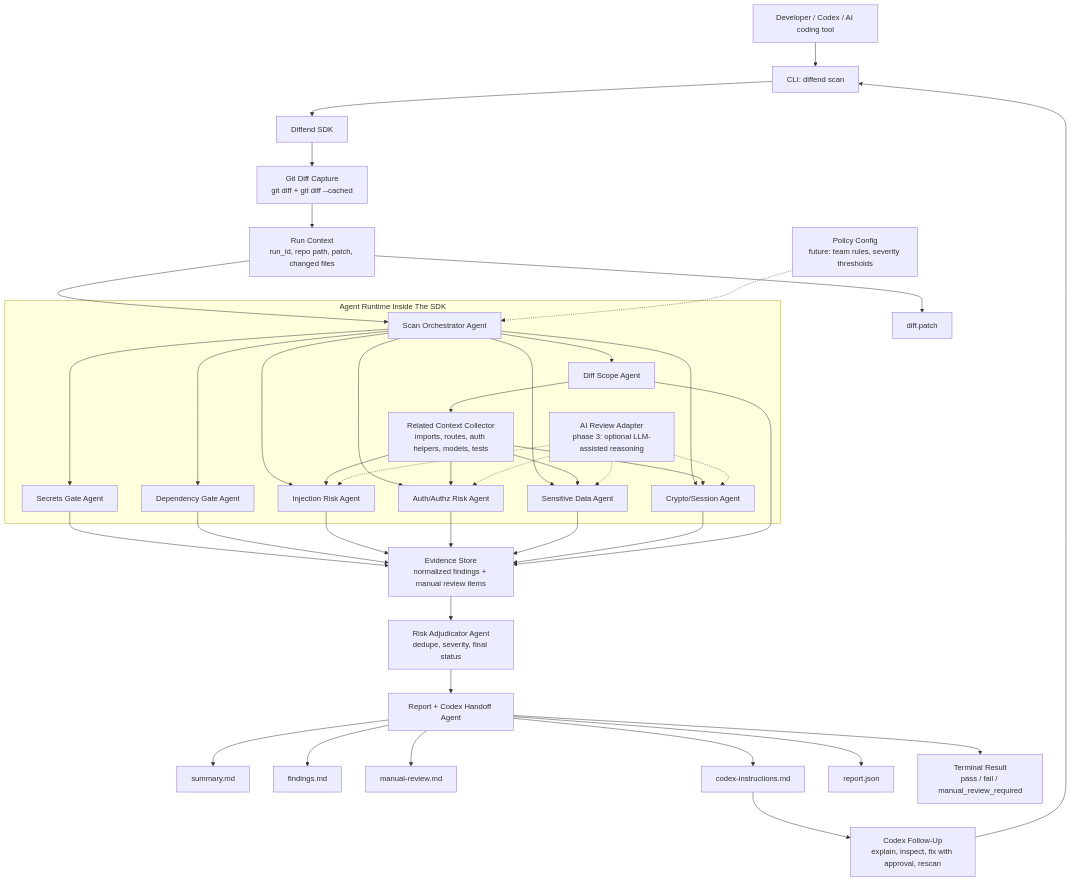
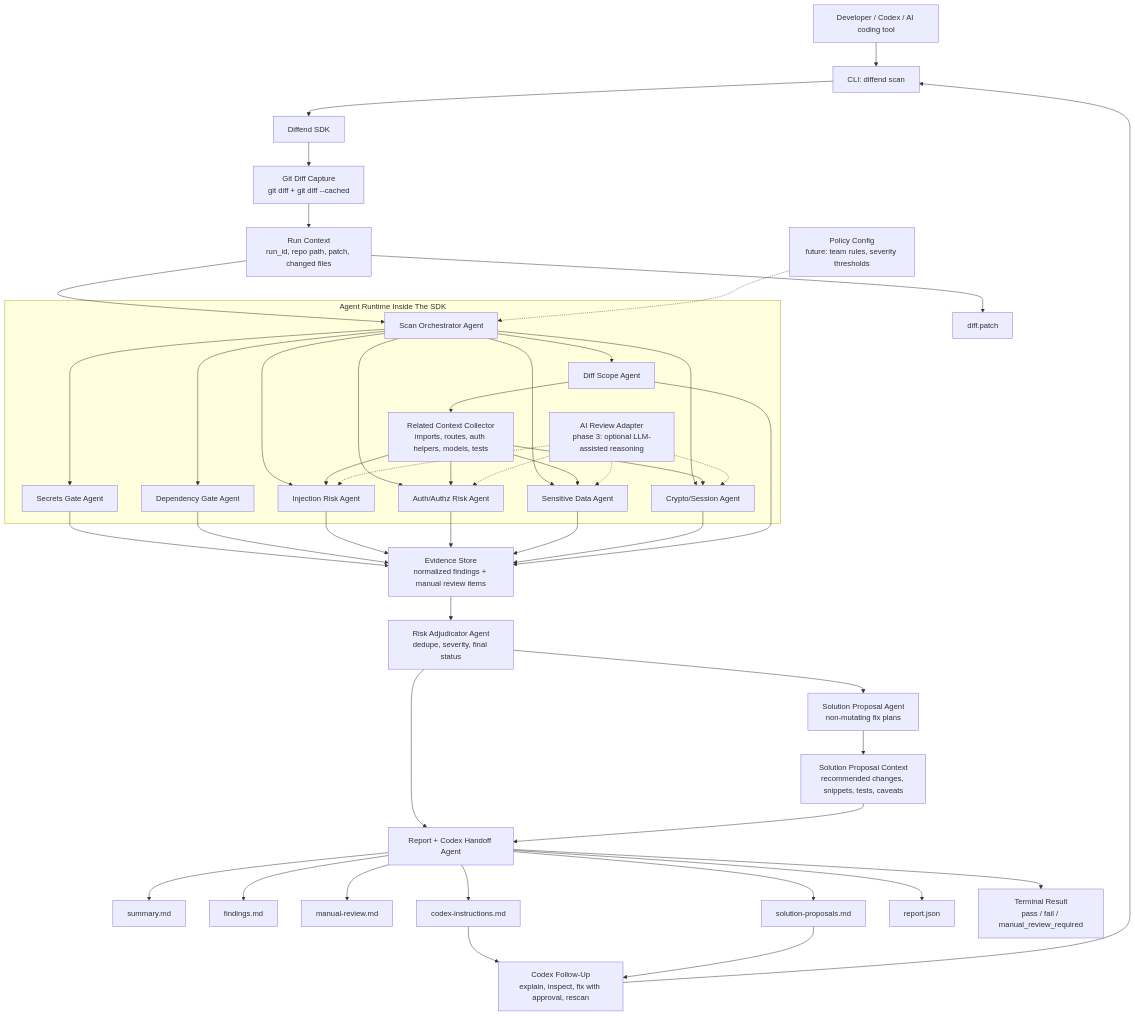
Before and after one commit to VietToan210904/diffend: the first of 2 diagrams in README.md, drawn with Mermaid. The commit also changed other lines of this file, not shown here.

Commit message:
added solution proposal agent

````diff
--- a/README.md
+++ b/README.md
@@ -47,54 +48,59 @@
 ```mermaid
 flowchart TD
   Developer["Developer / Codex / AI coding tool"] --> CLI["CLI: diffend scan"]
   CLI --> SDK["Diffend SDK"]
 
   SDK --> DiffCapture["Git Diff Capture<br/>git diff + git diff --cached"]
   DiffCapture --> RunContext["Run Context<br/>run_id, repo path, patch, changed files"]
   RunContext --> PatchFile["diff.patch"]
   RunContext --> Orchestrator["Scan Orchestrator Agent"]
 
   Config["Policy Config<br/>future: team rules, severity thresholds"] -.-> Orchestrator
 
   subgraph Runtime["Agent Runtime Inside The SDK"]
     Orchestrator --> Scope["Diff Scope Agent"]
     Orchestrator --> Secrets["Secrets Gate Agent"]
     Orchestrator --> Dependencies["Dependency Gate Agent"]
     Orchestrator --> Injection["Injection Risk Agent"]
     Orchestrator --> Authz["Auth/Authz Risk Agent"]
     Orchestrator --> SensitiveData["Sensitive Data Agent"]
     Orchestrator --> CryptoSession["Crypto/Session Agent"]
 
     Scope --> RelatedContext["Related Context Collector<br/>imports, routes, auth helpers, models, tests"]
     RelatedContext --> Injection
     RelatedContext --> Authz
     RelatedContext --> SensitiveData
     RelatedContext --> CryptoSession
 
     AIAdapter["AI Review Adapter<br/>phase 3: optional LLM-assisted reasoning"] -.-> Injection
     AIAdapter -.-> Authz
     AIAdapter -.-> SensitiveData
     AIAdapter -.-> CryptoSession
   end
 
   Secrets --> EvidenceStore["Evidence Store<br/>normalized findings + manual review items"]
   Dependencies --> EvidenceStore
   Injection --> EvidenceStore
   Authz --> EvidenceStore
   SensitiveData --> EvidenceStore
   CryptoSession --> EvidenceStore
   Scope --> EvidenceStore
 
   EvidenceStore --> Adjudicator["Risk Adjudicator Agent<br/>dedupe, severity, final status"]
+  Adjudicator --> SolutionProposal["Solution Proposal Agent<br/>non-mutating fix plans"]
+  SolutionProposal --> ProposalContext["Solution Proposal Context<br/>recommended changes, snippets, tests, caveats"]
   Adjudicator --> Reporter["Report + Codex Handoff Agent"]
+  ProposalContext --> Reporter
 
   Reporter --> Summary["summary.md"]
   Reporter --> Findings["findings.md"]
   Reporter --> Manual["manual-review.md"]
+  Reporter --> Solutions["solution-proposals.md"]
   Reporter --> CodexInstructions["codex-instructions.md"]
   Reporter --> JsonReport["report.json"]
   Reporter --> Terminal["Terminal Result<br/>pass / fail / manual_review_required"]
 
   CodexInstructions --> FollowUp["Codex Follow-Up<br/>explain, inspect, fix with approval, rescan"]
+  Solutions --> FollowUp
   FollowUp --> CLI
 ```
````
